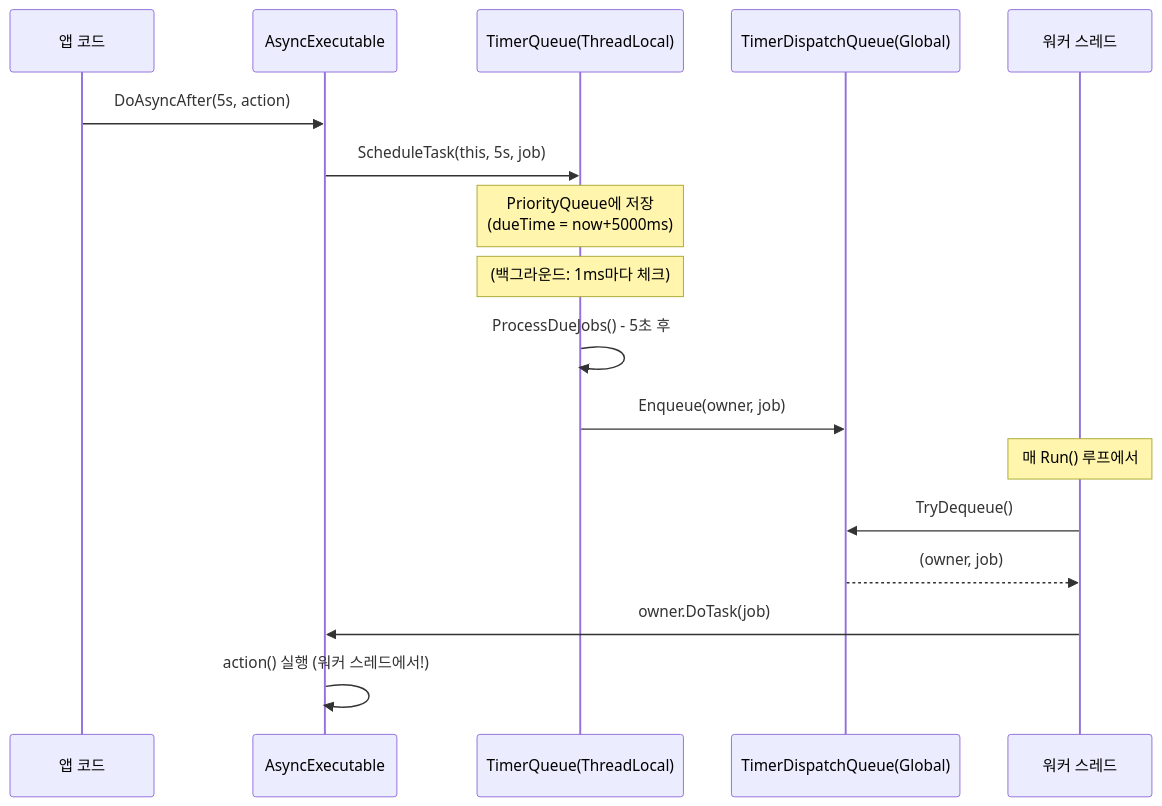
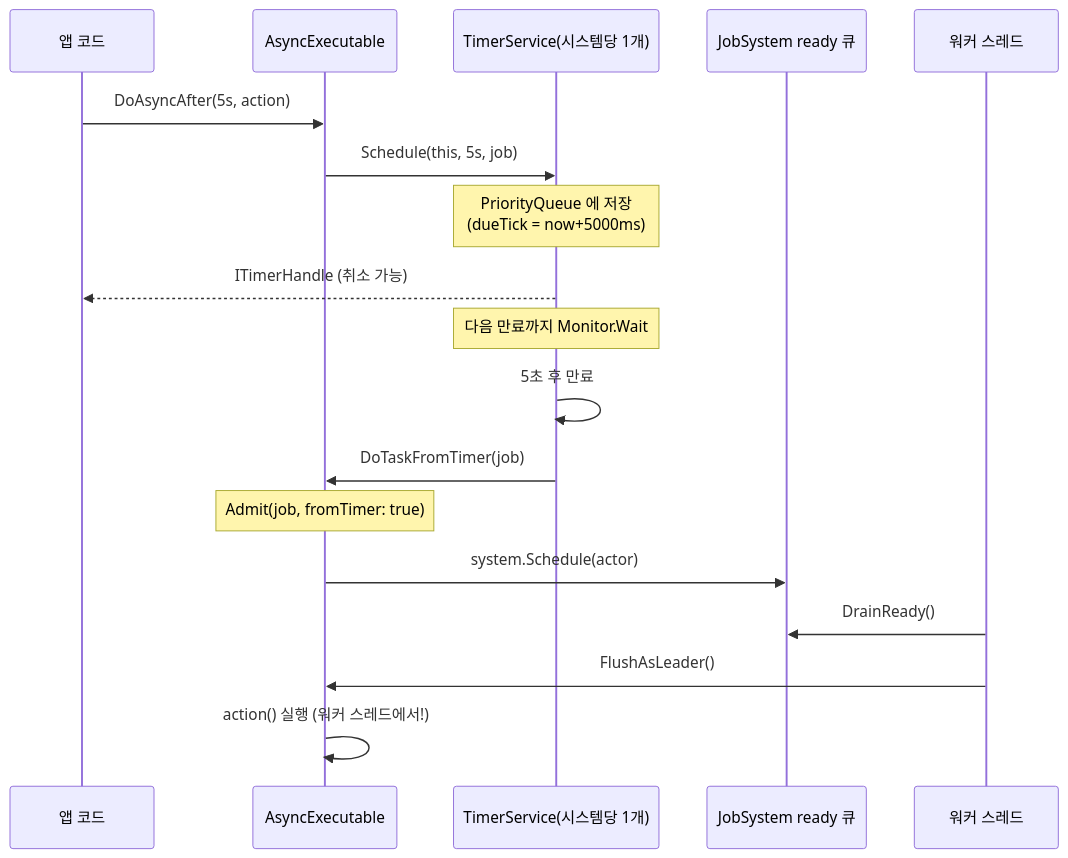
Before and after one commit to jacking75/JobDispatcherNET: the diagram in Book/chapter05.md, drawn with Mermaid. The commit also changed other lines of this file and 131 other files, not shown here.

````diff
--- a/Book/chapter05.md
+++ b/Book/chapter05.md
@@ -267,22 +127,22 @@
 ```mermaid
 sequenceDiagram
     participant App as 앱 코드
     participant AE as AsyncExecutable
-    participant TQ as TimerQueue(ThreadLocal)
-    participant TDQ as TimerDispatchQueue(Global)
+    participant TS as TimerService(시스템당 1개)
+    participant RQ as JobSystem ready 큐
     participant W as 워커 스레드
 
     App->>AE: DoAsyncAfter(5s, action)
-    AE->>TQ: ScheduleTask(this, 5s, job)
-    Note over TQ: PriorityQueue에 저장<br/>(dueTime = now+5000ms)
+    AE->>TS: Schedule(this, 5s, job)
+    Note over TS: PriorityQueue 에 저장<br/>(dueTick = now+5000ms)
+    TS-->>App: ITimerHandle (취소 가능)
 
-    Note over TQ: (백그라운드: 1ms마다 체크)
-    TQ->>TQ: ProcessDueJobs() - 5초 후
-    TQ->>TDQ: Enqueue(owner, job)
-
-    Note over W: 매 Run() 루프에서
-    W->>TDQ: TryDequeue()
-    TDQ-->>W: (owner, job)
-    W->>AE: owner.DoTask(job)
+    Note over TS: 다음 만료까지 Monitor.Wait
+    TS->>TS: 5초 후 만료
+    TS->>AE: DoTaskFromTimer(job)
+    Note over AE: Admit(job, fromTimer: true)
+    AE->>RQ: system.Schedule(actor)
+    W->>RQ: DrainReady()
+    W->>AE: FlushAsLeader()
     AE->>AE: action() 실행 (워커 스레드에서!)
 ```
````
